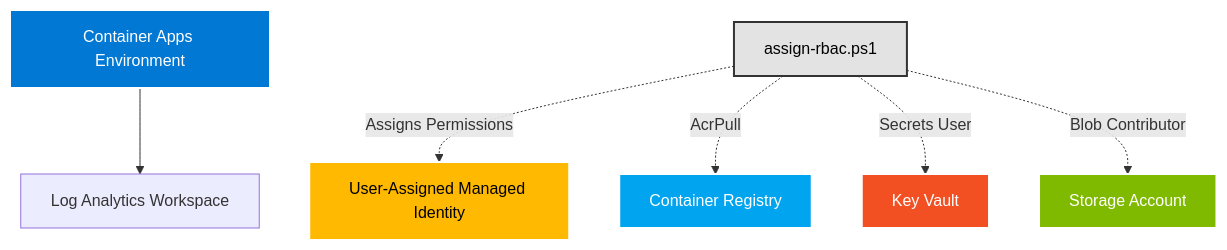
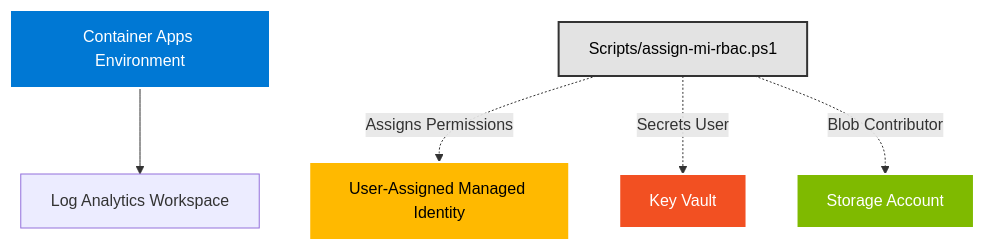
One commit to seekdavidlee/eklee-keyvault changed the diagram in Deployment/README.md. Above: the diagram before and after it, drawn with Mermaid. The commit also changed other lines of this file and 58 other files, not shown here.

````diff
--- a/Deployment/README.md
+++ b/Deployment/README.md
@@ -20,19 +20,16 @@
 ```mermaid
 graph TB
     A[Container Apps Environment] --> F[Log Analytics Workspace]
     B[User-Assigned Managed Identity] 
     C[Key Vault]
     D[Storage Account]
-    E[Container Registry]
-    G[assign-rbac.ps1] -.Assigns Permissions.-> B
-    G -.AcrPull.-> E
+    G[Scripts/assign-mi-rbac.ps1] -.Assigns Permissions.-> B
     G -.Secrets User.-> C
     G -.Blob Contributor.-> D
     
     style A fill:#0078d4,stroke:#fff,stroke-width:2px,color:#fff
     style B fill:#ffb900,stroke:#fff,stroke-width:2px,color:#000
     style C fill:#f25022,stroke:#fff,stroke-width:2px,color:#fff
     style D fill:#7fba00,stroke:#fff,stroke-width:2px,color:#fff
-    style E fill:#00a4ef,stroke:#fff,stroke-width:2px,color:#fff
     style G fill:#e3e3e3,stroke:#333,stroke-width:2px,color:#000
 ```
````
